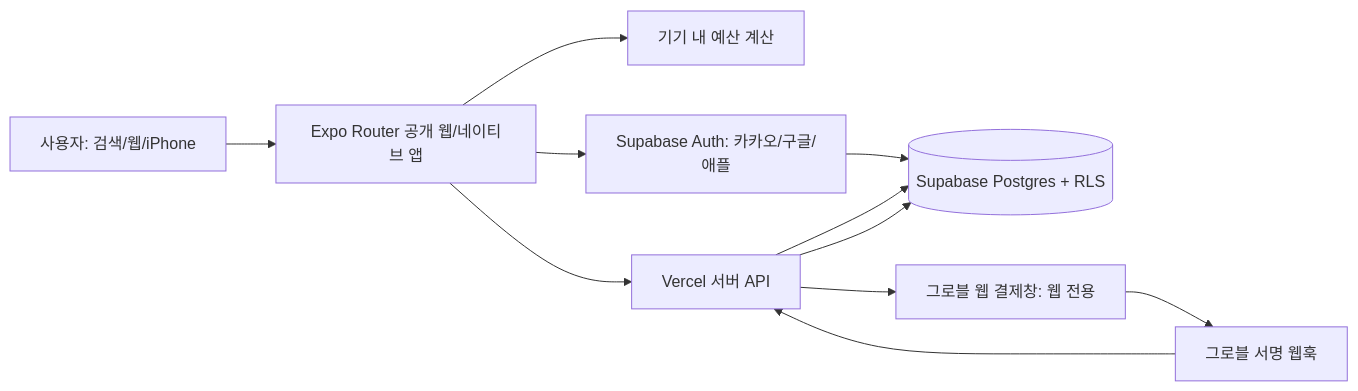
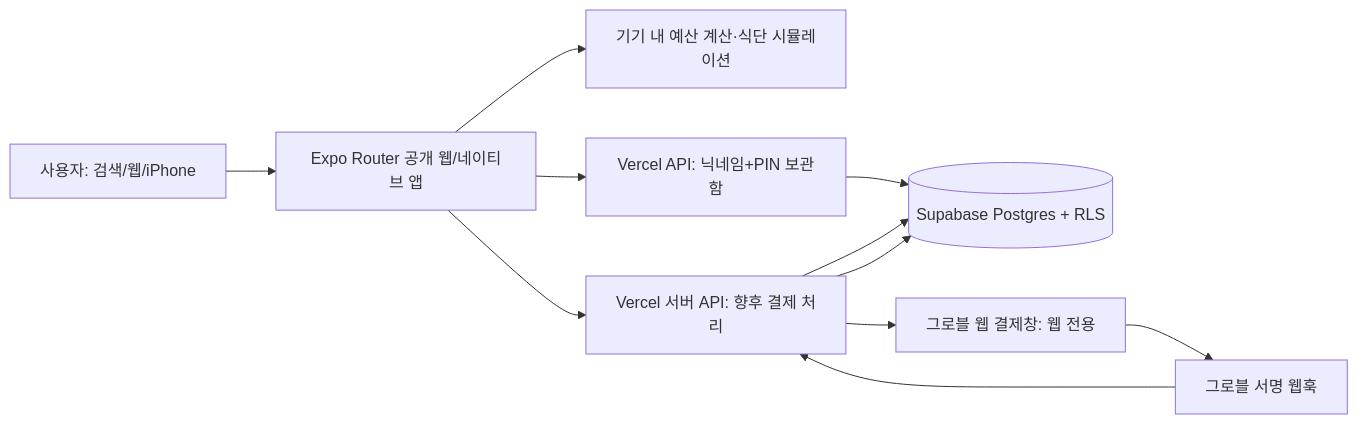
One commit to 2516511seseo/Vibe-Coding changed the third of 3 diagrams in PRD.md. Above: the diagram before and after it, drawn with Mermaid. The commit also changed other lines of this file and 23 other files, not shown here.

````diff
--- a/PRD.md
+++ b/PRD.md
@@ -322,13 +329,13 @@
 ```mermaid
 flowchart LR
     U[사용자: 검색/웹/iPhone] --> W[Expo Router 공개 웹/네이티브 앱]
-    W --> C[기기 내 예산 계산]
-    W --> A[Supabase Auth: 카카오/구글/애플]
+    W --> C[기기 내 예산 계산·식단 시뮬레이션]
+    W --> A[Vercel API: 닉네임+PIN 보관함]
     A --> DB[(Supabase Postgres + RLS)]
-    W --> API[Vercel 서버 API]
+    W --> API[Vercel 서버 API: 향후 결제 처리]
     API --> DB
     API --> G[그로블 웹 결제창: 웹 전용]
     G --> WH[그로블 서명 웹훅]
     WH --> API
     API --> DB
 ```
````
